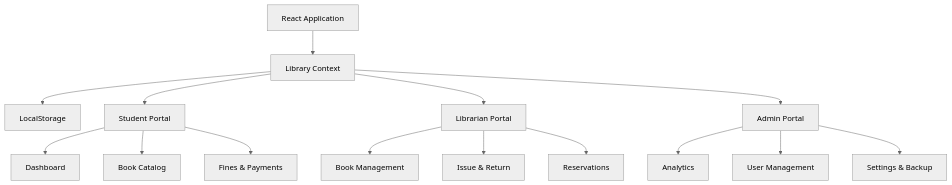
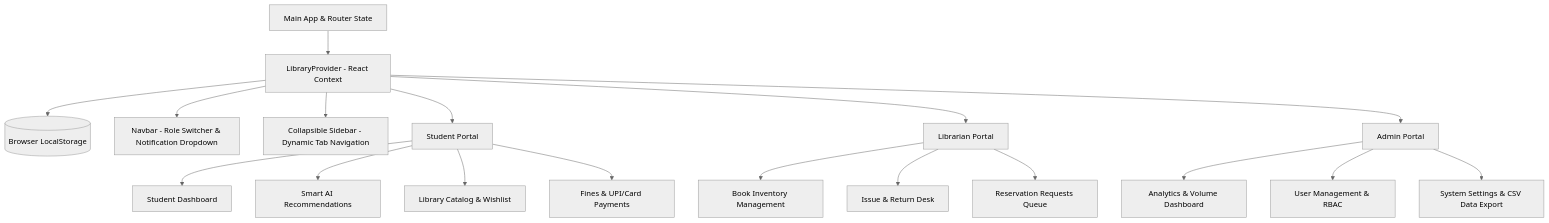
The diagram in README.md (Deekshith-stack/LibraryManagementSystem), drawn with Mermaid (neutral theme) before and after one commit. The commit also changed other lines of this file and 16 other files, not shown here.

Commit message:
feat: smart recommendations notification center sidebar and fresh data

````diff
--- a/README.md
+++ b/README.md
@@ -91,22 +60,25 @@
 ```mermaid
 graph TD
-
-    A[React Application] --> B[Library Context]
-    B --> C[LocalStorage]
-
-    B --> D[Student Portal]
-    B --> E[Librarian Portal]
-    B --> F[Admin Portal]
-
-    D --> D1[Dashboard]
-    D --> D2[Book Catalog]
-    D --> D3[Fines & Payments]
-
-    E --> E1[Book Management]
-    E --> E2[Issue & Return]
-    E --> E3[Reservations]
-
-    F --> F1[Analytics]
-    F --> F2[User Management]
-    F --> F3[Settings & Backup]
+    App[Main App & Router State] --> LP[LibraryProvider - React Context]
+    LP --> Storage[(Browser LocalStorage)]
+    
+    LP --> Nav[Navbar - Role Switcher & Notification Dropdown]
+    LP --> Side[Collapsible Sidebar - Dynamic Tab Navigation]
+    
+    LP --> SP[Student Portal]
+    LP --> LIB[Librarian Portal]
+    LP --> ADM[Admin Portal]
+    
+    SP --> S1[Student Dashboard]
+    SP --> S2[Smart AI Recommendations]
+    SP --> S3[Library Catalog & Wishlist]
+    SP --> S4[Fines & UPI/Card Payments]
+    
+    LIB --> L1[Book Inventory Management]
+    LIB --> L2[Issue & Return Desk]
+    LIB --> L3[Reservation Requests Queue]
+    
+    ADM --> A1[Analytics & Volume Dashboard]
+    ADM --> A2[User Management & RBAC]
+    ADM --> A3[System Settings & CSV Data Export]
 ```
````
